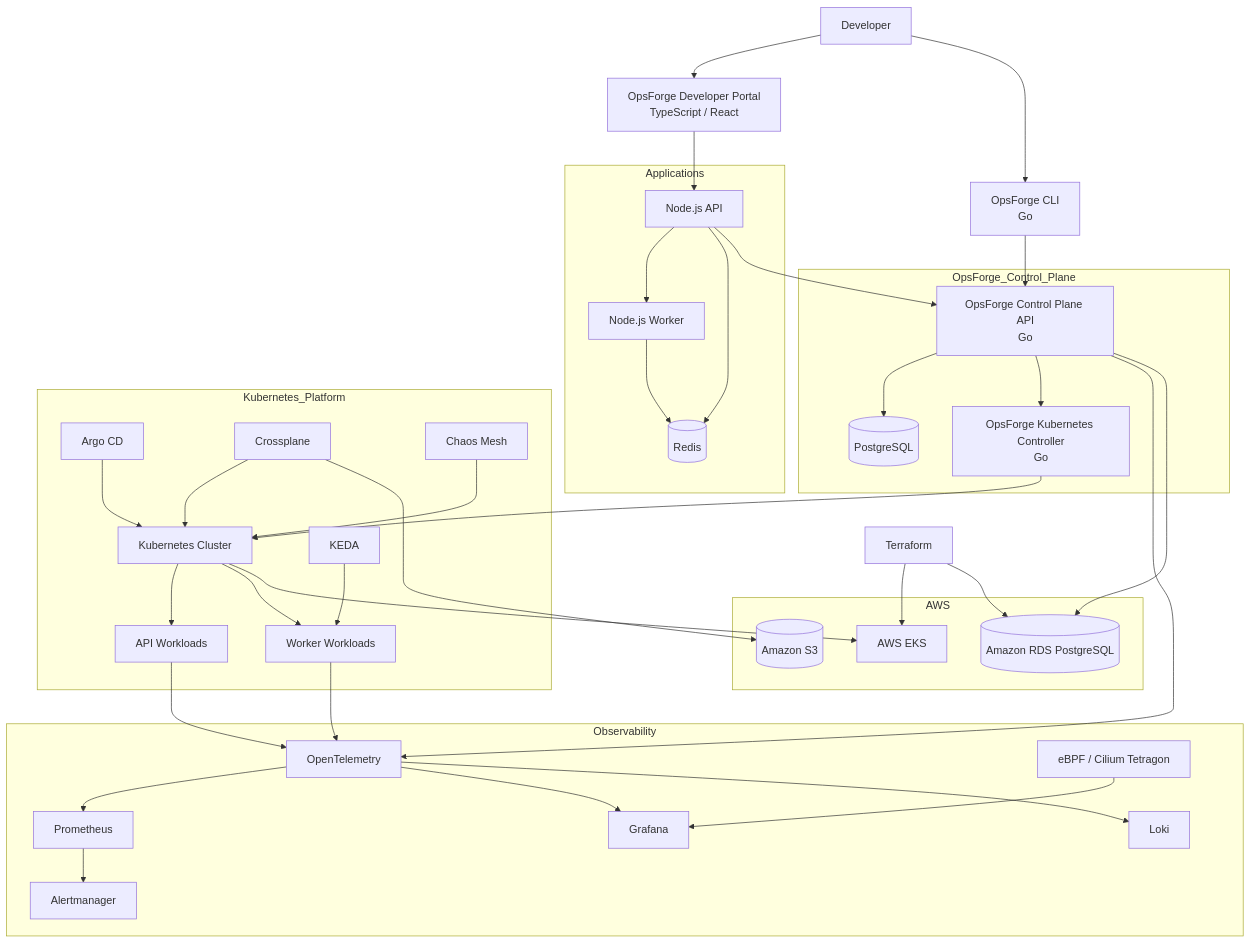
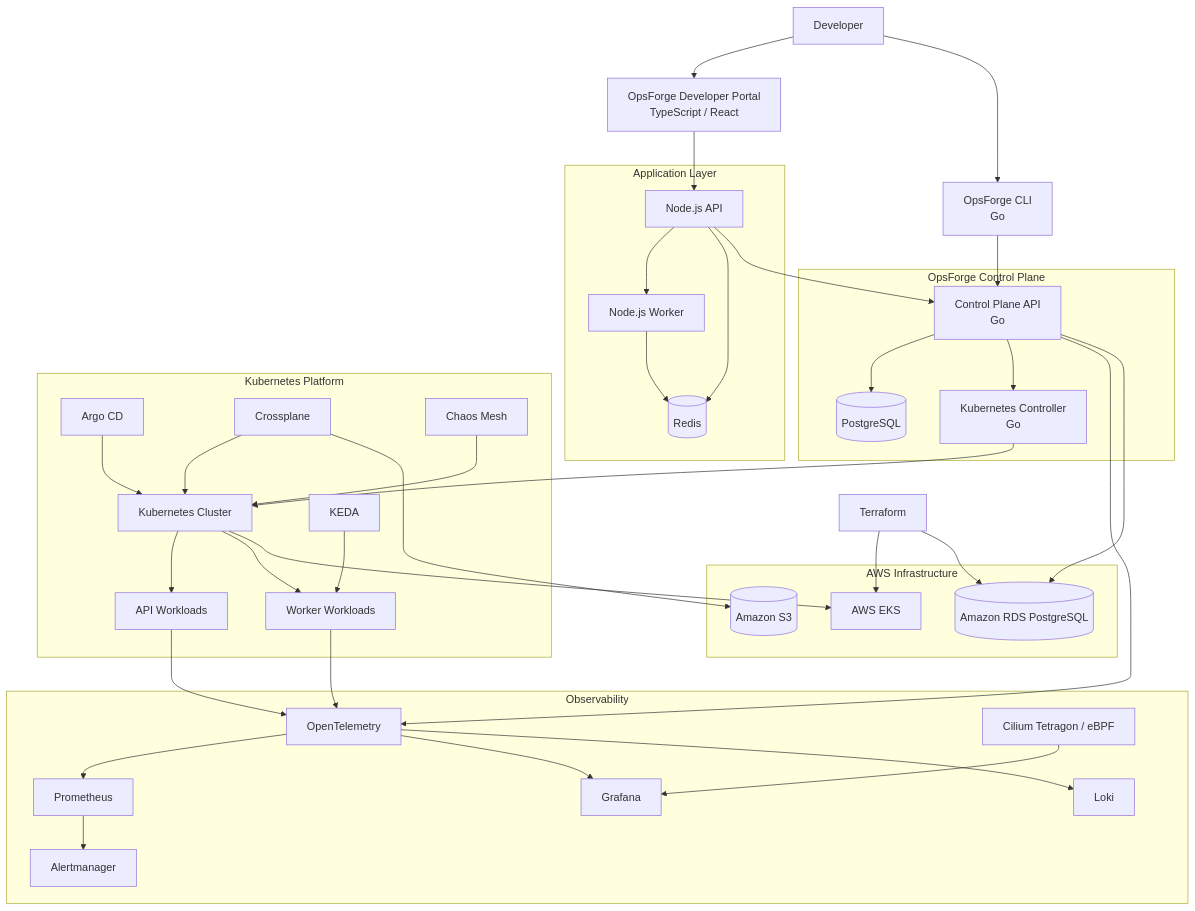
One commit to kunal-1207/OpsForge changed the diagram in README.md. Above: the diagram before and after it, drawn with Mermaid.

Commit message:
Update fmt.Println message from 'Hello' to 'Goodbye'

````diff
--- a/README.md
+++ b/README.md
@@ -67,28 +67,17 @@
 ```mermaid
-graph TB
+flowchart TB
 
-    %% =========================
-    %% Developer Layer
-    %% =========================
-
-    Developer[Developer]
-
-    Portal[OpsForge Developer Portal<br/>TypeScript / React]
-
-    CLI[OpsForge CLI<br/>Go]
+    Developer["Developer"]
+    Portal["OpsForge Developer Portal<br/>TypeScript / React"]
+    CLI["OpsForge CLI<br/>Go"]
 
     Developer --> Portal
     Developer --> CLI
 
-
-    %% =========================
-    %% Application Layer
-    %% =========================
-
-    subgraph Applications
-        NodeAPI[Node.js API]
-        Worker[Node.js Worker]
-        Redis[(Redis)]
+    subgraph APP["Application Layer"]
+        NodeAPI["Node.js API"]
+        Worker["Node.js Worker"]
+        Redis[("Redis")]
     end
 
     Portal --> NodeAPI
@@ -96,15 +85,10 @@
     NodeAPI --> Redis
     Worker --> Redis
 
-
-    %% =========================
-    %% Control Plane
-    %% =========================
-
-    subgraph OpsForge_Control_Plane
-        GoAPI[OpsForge Control Plane API<br/>Go]
-        Controller[OpsForge Kubernetes Controller<br/>Go]
-        PostgreSQL[(PostgreSQL)]
+    subgraph CONTROL["OpsForge Control Plane"]
+        GoAPI["Control Plane API<br/>Go"]
+        Controller["Kubernetes Controller<br/>Go"]
+        PostgreSQL[("PostgreSQL")]
     end
 
     NodeAPI --> GoAPI
@@ -112,48 +96,31 @@
     GoAPI --> PostgreSQL
     GoAPI --> Controller
 
-    Controller --> Kubernetes
-
-
-    %% =========================
-    %% Kubernetes
-    %% =========================
-
-    subgraph Kubernetes_Platform
-
-        Kubernetes[Kubernetes Cluster]
-
-        K8sAPI[API Workloads]
-        K8sWorker[Worker Workloads]
-
-        KEDA[KEDA]
-        ArgoCD[Argo CD]
-        Crossplane[Crossplane]
-        ChaosMesh[Chaos Mesh]
-
-        Kubernetes --> K8sAPI
-        Kubernetes --> K8sWorker
-
-        KEDA --> K8sWorker
-        ArgoCD --> Kubernetes
-        Crossplane --> Kubernetes
-        ChaosMesh --> Kubernetes
+    subgraph K8S["Kubernetes Platform"]
+        Kubernetes["Kubernetes Cluster"]
+        K8sAPI["API Workloads"]
+        K8sWorker["Worker Workloads"]
+        KEDA["KEDA"]
+        ArgoCD["Argo CD"]
+        Crossplane["Crossplane"]
+        ChaosMesh["Chaos Mesh"]
     end
 
+    Controller --> Kubernetes
+    Kubernetes --> K8sAPI
+    Kubernetes --> K8sWorker
+    KEDA --> K8sWorker
+    ArgoCD --> Kubernetes
+    Crossplane --> Kubernetes
+    ChaosMesh --> Kubernetes
 
-    %% =========================
-    %% Observability
-    %% =========================
-
-    subgraph Observability
-
-        OTel[OpenTelemetry]
-        Prometheus[Prometheus]
-        Grafana[Grafana]
-        Loki[Loki]
-        Alertmanager[Alertmanager]
-        Tetragon[eBPF / Cilium Tetragon]
-
+    subgraph OBS["Observability"]
+        OTel["OpenTelemetry"]
+        Prometheus["Prometheus"]
+        Grafana["Grafana"]
+        Loki["Loki"]
+        Alertmanager["Alertmanager"]
+        Tetragon["Cilium Tetragon / eBPF"]
     end
 
     K8sAPI --> OTel
@@ -163,31 +130,20 @@
     OTel --> Prometheus
     OTel --> Grafana
     OTel --> Loki
-
     Prometheus --> Alertmanager
-
     Tetragon --> Grafana
 
-
-    %% =========================
-    %% Cloud
-    %% =========================
-
-    subgraph AWS
-
-        EKS[AWS EKS]
-        RDS[(Amazon RDS PostgreSQL)]
-        S3[(Amazon S3)]
-
+    subgraph AWS["AWS Infrastructure"]
+        EKS["AWS EKS"]
+        RDS[("Amazon RDS PostgreSQL")]
+        S3[("Amazon S3")]
     end
 
-    Terraform[Terraform]
+    Terraform["Terraform"]
 
     Terraform --> EKS
     Terraform --> RDS
-
     Crossplane --> S3
-
     Kubernetes --> EKS
     GoAPI --> RDS
 ```
````
